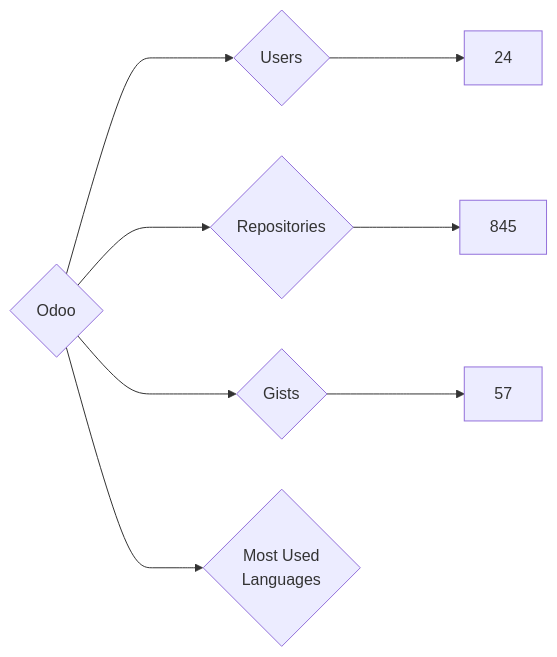
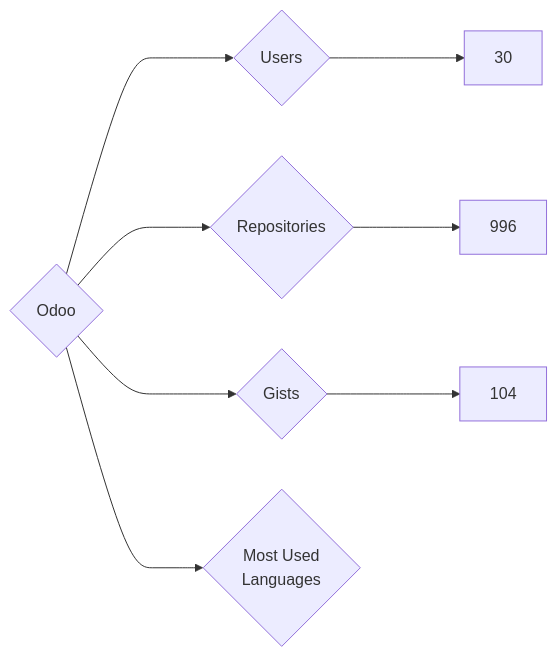
The diagram in targets/Odoo/README.md (nenadzaric/insiders), drawn with Mermaid before and after one commit. The commit also changed 1342 other files, not shown here.

````diff
--- a/targets/Odoo/README.md
+++ b/targets/Odoo/README.md
@@ -3,8 +3,8 @@
 ```mermaid
 graph LR
 COMPANY_NAME{Odoo}
-COMPANY_NAME ---> U{Users} ---> UN[24]
-COMPANY_NAME ---> R{Repositories} ---> RN[845]
-COMPANY_NAME ---> G{Gists} ---> GN[57]
+COMPANY_NAME ---> U{Users} ---> UN[30]
+COMPANY_NAME ---> R{Repositories} ---> RN[996]
+COMPANY_NAME ---> G{Gists} ---> GN[104]
 COMPANY_NAME ---> ML{Most Used<br>Languages}
 ```
````
